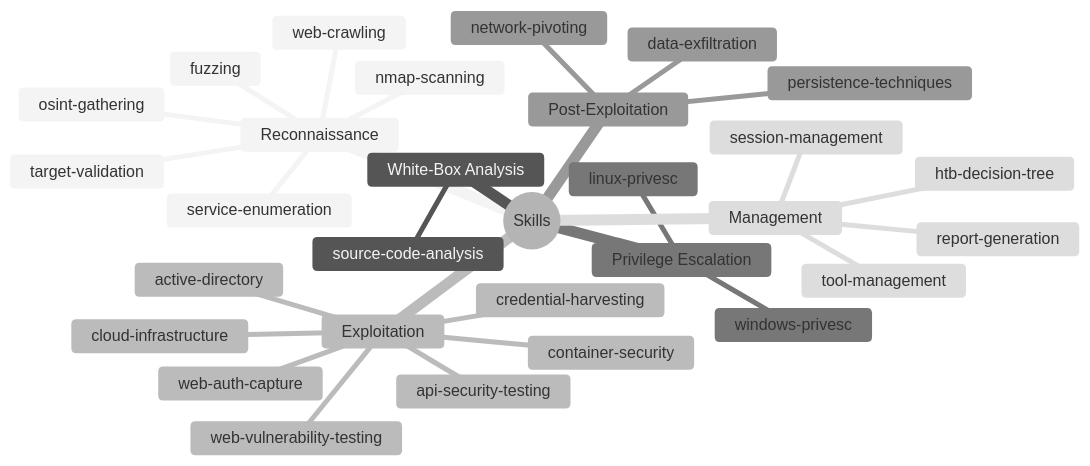
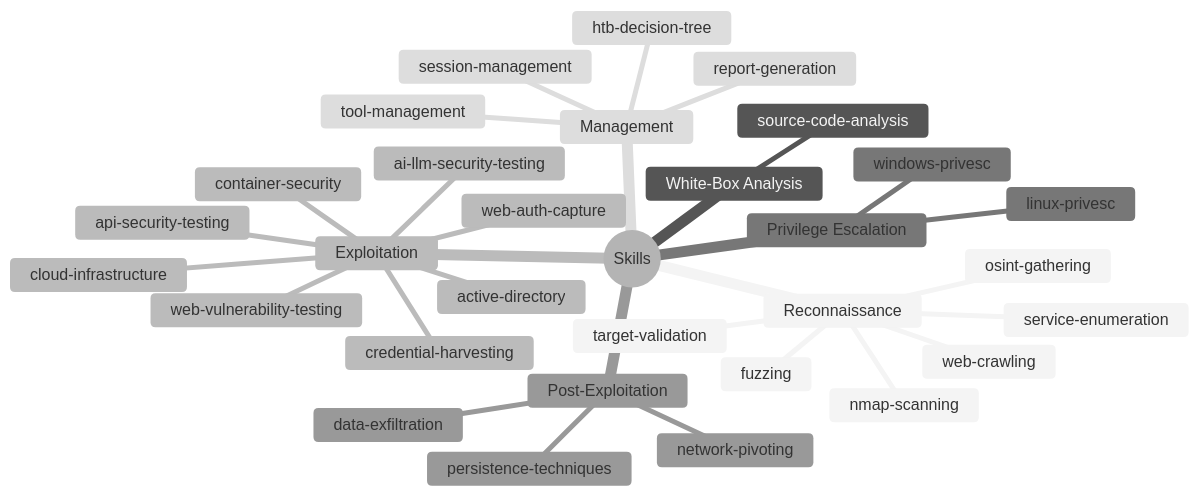
One commit to goldenapplestudios/Clicky changed the first of 7 diagrams in docs/skills.md. Above: the diagram before and after it, drawn with Mermaid (neutral theme). The commit also changed other lines of this file and 8 other files, not shown here.

````diff
--- a/docs/skills.md
+++ b/docs/skills.md
@@ -11,33 +11,34 @@
 ```mermaid
 mindmap
   root((Skills))
     Reconnaissance
       nmap-scanning
       service-enumeration
       osint-gathering
       target-validation
       fuzzing
       web-crawling
     White-Box Analysis
       source-code-analysis
     Exploitation
       web-vulnerability-testing
       api-security-testing
+      ai-llm-security-testing
       credential-harvesting
       web-auth-capture
       active-directory
       container-security
       cloud-infrastructure
     Privilege Escalation
       linux-privesc
       windows-privesc
     Post-Exploitation
       persistence-techniques
       data-exfiltration
       network-pivoting
     Management
       session-management
       htb-decision-tree
       tool-management
       report-generation
 ```
````
